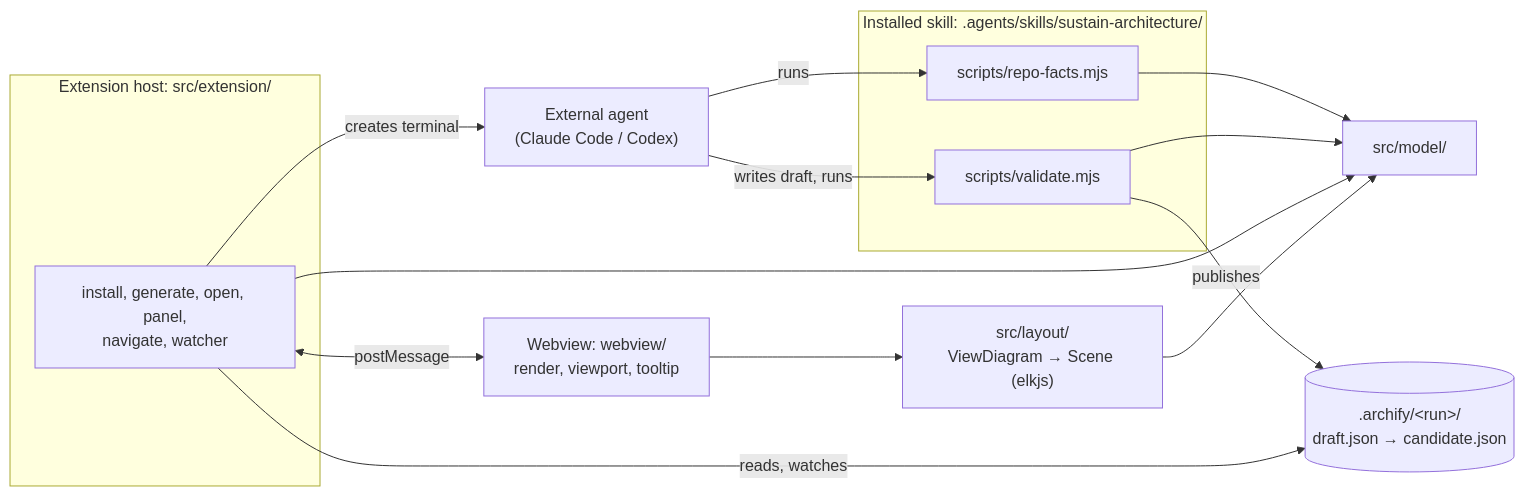
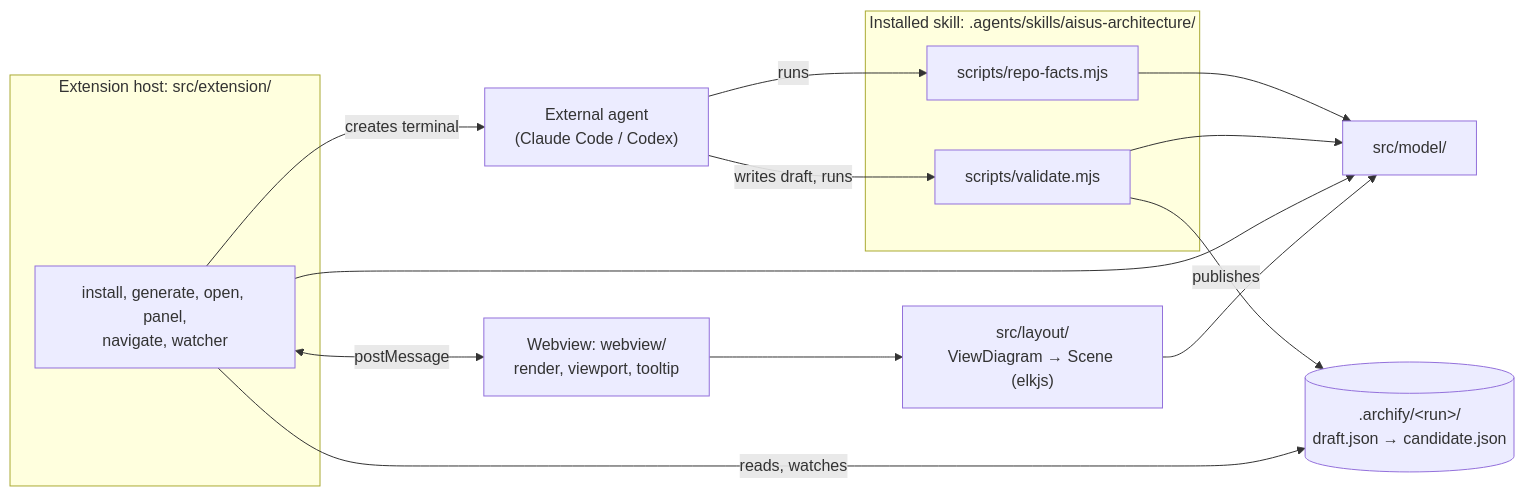
The first of 4 diagrams in docs/architecture.md (aisusdev/aisus), drawn with Mermaid before and after one commit. The commit also changed other lines of this file and 271 other files, not shown here.

````diff
--- a/docs/architecture.md
+++ b/docs/architecture.md
@@ -9,27 +9,27 @@
 ```mermaid
 flowchart LR
   agent["External agent<br/>(Claude Code / Codex)"]
-  subgraph skill["Installed skill: .agents/skills/sustain-architecture/"]
+  subgraph skill["Installed skill: .agents/skills/aisus-architecture/"]
     rf["scripts/repo-facts.mjs"]
     val["scripts/validate.mjs"]
   end
   subgraph ext["Extension host: src/extension/"]
     host["install, generate, open, panel,<br/>navigate, watcher"]
   end
   web["Webview: webview/<br/>render, viewport, tooltip"]
   model["src/model/"]
   layout["src/layout/<br/>ViewDiagram → Scene (elkjs)"]
   disk[(".archify/&lt;run&gt;/<br/>draft.json → candidate.json")]
 
   agent -- "runs" --> rf
   agent -- "writes draft, runs" --> val
   rf --> model
   val --> model
   val -- "publishes" --> disk
   host --> model
   host <-- "postMessage" --> web
   web --> layout
   layout --> model
   host -- "reads, watches" --> disk
   host -- "creates terminal" --> agent
 ```
````
